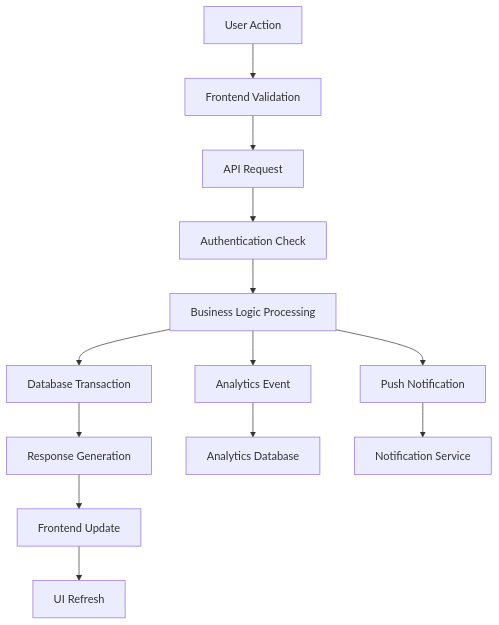
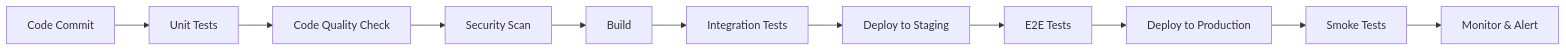
Before and after one commit to sora-kisaragi/TechLingualQuest: the ninth of 15 diagrams in design/HLD.md, drawn with Mermaid. The commit also changed other lines of this file and 3 other files, not shown here.

````diff
--- a/design/HLD.md
+++ b/design/HLD.md
@@ -213,17 +575,13 @@
 ```mermaid
-graph TD
-    A[User Action] --> B[Frontend Validation]
-    B --> C[API Request]
-    C --> D[Authentication Check]
-    D --> E[Business Logic Processing]
-    E --> F[Database Transaction]
-    F --> G[Response Generation]
-    G --> H[Frontend Update]
-    H --> I[UI Refresh]
-    
-    E --> J[Analytics Event]
-    J --> K[Analytics Database]
-    
-    E --> L[Push Notification]
-    L --> M[Notification Service]
+graph LR
+    A[Code Commit] --> B[Unit Tests]
+    B --> C[Code Quality Check]
+    C --> D[Security Scan]
+    D --> E[Build]
+    E --> F[Integration Tests]
+    F --> G[Deploy to Staging]
+    G --> H[E2E Tests]
+    H --> I[Deploy to Production]
+    I --> J[Smoke Tests]
+    J --> K[Monitor & Alert]
 ```
````
